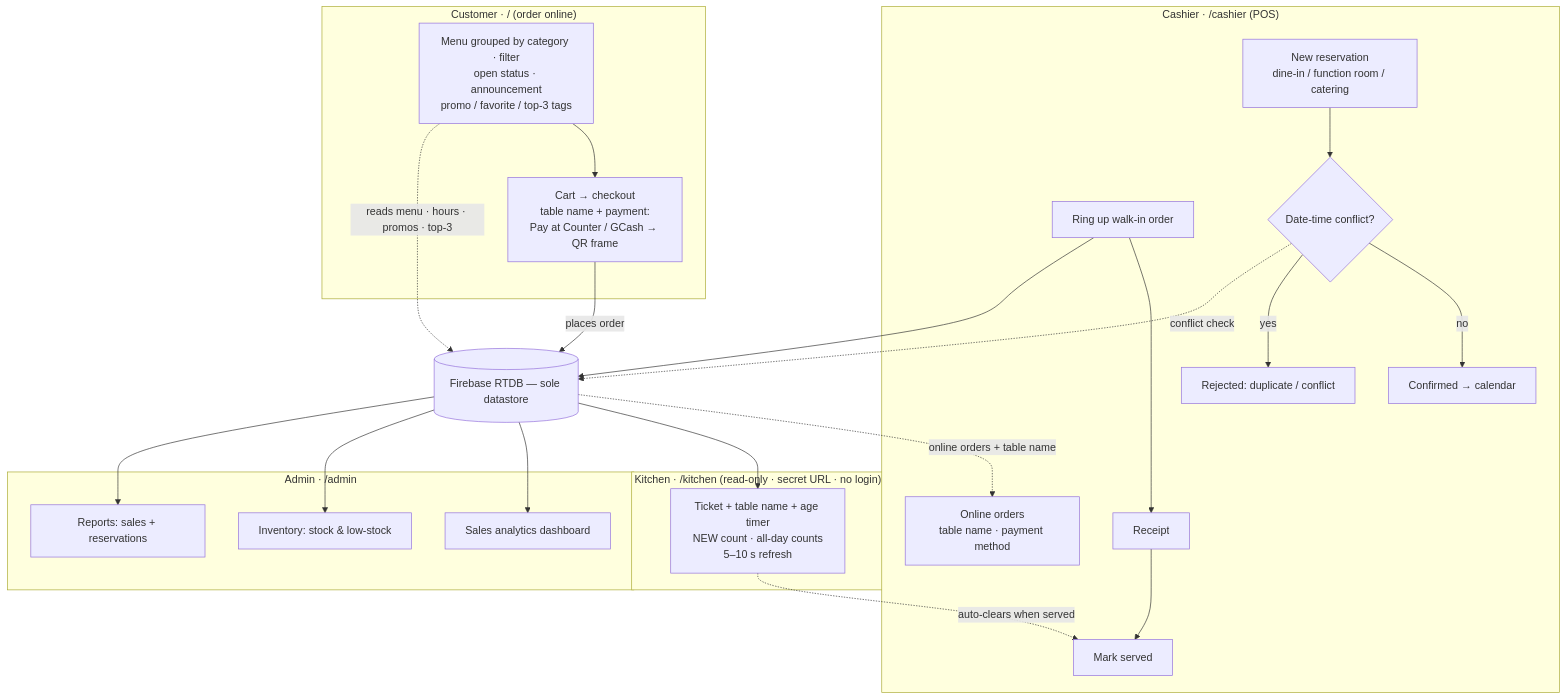
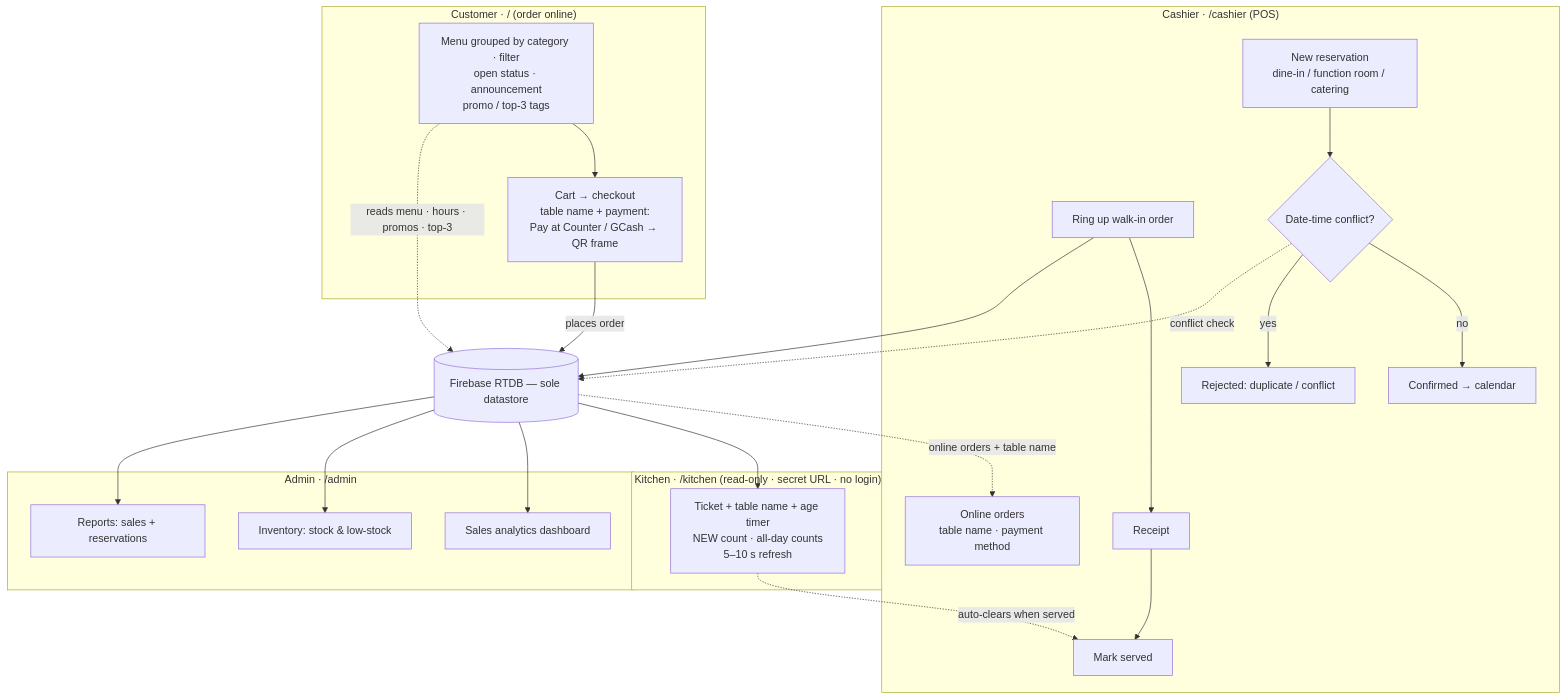
Before and after one commit to S1NXIAN/CRNP: the diagram in README.md, drawn with Mermaid. The commit also changed other lines of this file, not shown here.

First line of the commit message:
docs(plan): drop house-favorite tag, reopen customer auth

````diff
--- a/README.md
+++ b/README.md
@@ -38,37 +38,37 @@
 ```mermaid
 flowchart TD
   DB[("Firebase RTDB — sole datastore")]
 
   subgraph CU["Customer · / (order online)"]
-    C1["Menu grouped by category · filter<br/>open status · announcement<br/>promo / favorite / top-3 tags"] --> C2["Cart → checkout<br/>table name + payment:<br/>Pay at Counter / GCash → QR frame"]
+    C1["Menu grouped by category · filter<br/>open status · announcement<br/>promo / top-3 tags"] --> C2["Cart → checkout<br/>table name + payment:<br/>Pay at Counter / GCash → QR frame"]
   end
 
   subgraph CA["Cashier · /cashier (POS)"]
     O1["Online orders<br/>table name · payment method"]
     P1["Ring up walk-in order"] --> P2["Receipt"] --> P3["Mark served"]
     R1["New reservation<br/>dine-in / function room / catering"] --> R2{"Date-time conflict?"}
     R2 -->|"no"| R3["Confirmed → calendar"]
     R2 -->|"yes"| R4["Rejected: duplicate / conflict"]
   end
 
   subgraph KI["Kitchen · /kitchen (read-only · secret URL · no login)"]
     K1["Ticket + table name + age timer<br/>NEW count · all-day counts<br/>5–10 s refresh"]
   end
 
   subgraph AD["Admin · /admin"]
     A1["Sales analytics dashboard"]
     A2["Inventory: stock & low-stock"]
     A3["Reports: sales + reservations"]
   end
 
   C1 -.->|"reads menu · hours · promos · top-3"| DB
   C2 -->|"places order"| DB
   DB -.->|"online orders + table name"| O1
   P1 --> DB
   R2 -.->|"conflict check"| DB
   DB --> K1
   K1 -.->|"auto-clears when served"| P3
   DB --> A1
   DB --> A2
   DB --> A3
 ```
````
